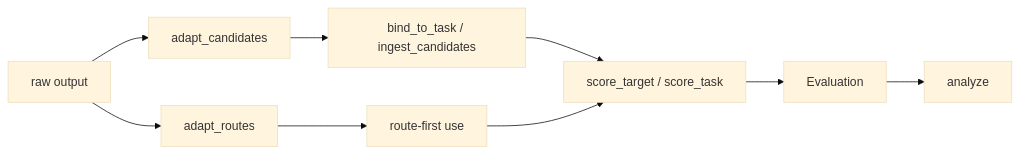
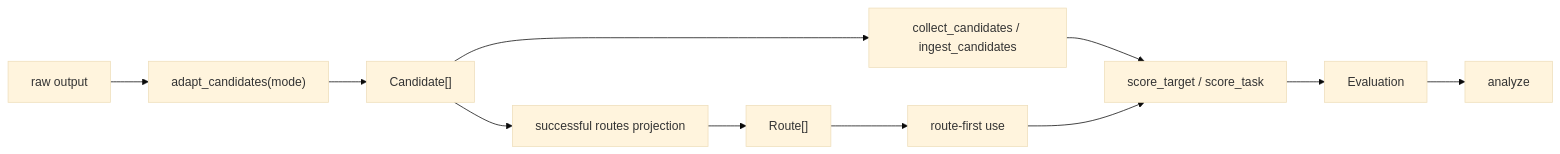
Before and after one commit to ischemist/project-procrustes: the second of 2 diagrams in docs/rationale/schema-design.md, drawn with Mermaid (base theme). The commit also changed other lines of this file, not shown here.

Commit message:
dev: keep working on the schema design

````diff
--- a/docs/rationale/schema-design.md
+++ b/docs/rationale/schema-design.md
@@ -147,11 +148,13 @@
 ```mermaid
 graph LR
-    a["raw output"] --> b1["adapt_routes"]
-    a["raw output"] --> b2["adapt_candidates"]
-    b2 --> c["bind_to_task / ingest_candidates"]
-    b1 --> d["route-first use"]
-    c --> e["score_target / score_task"]
-    d --> e
-    e --> f["Evaluation"]
-    f --> g["analyze"]
+    a["raw output"] --> b["adapt_candidates(mode)"]
+    b --> c["Candidate[]"]
+    c --> d["successful routes projection"]
+    d --> e["Route[]"]
+    c --> f["collect_candidates / ingest_candidates"]
+    e --> g["route-first use"]
+    f --> h["score_target / score_task"]
+    g --> h
+    h --> i["Evaluation"]
+    i --> j["analyze"]
 ```
````
